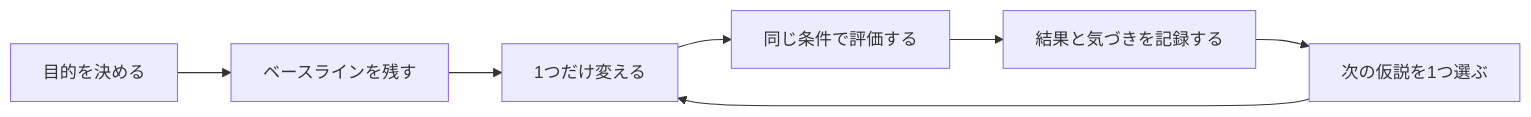
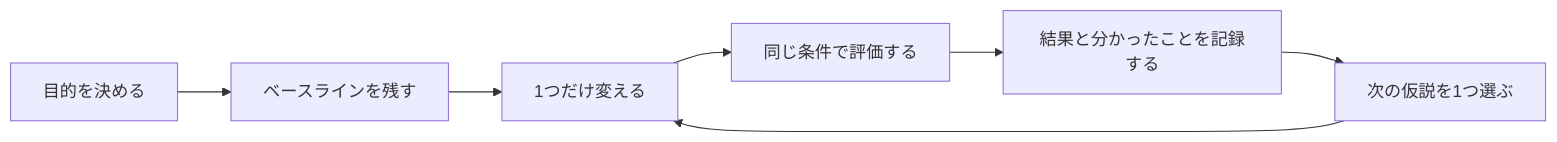
Before and after one commit to kazu-dota/data-science-study-group: the third of 3 diagrams in docs/course-plan.md, drawn with Mermaid. The commit also changed other lines of this file and 19 other files, not shown here.

````diff
--- a/docs/course-plan.md
+++ b/docs/course-plan.md
@@ -251,9 +240,9 @@
 ```mermaid
 flowchart LR
     A["目的を決める"] --> B["ベースラインを残す"]
     B --> C["1つだけ変える"]
     C --> D["同じ条件で評価する"]
-    D --> E["結果と気づきを記録する"]
+    D --> E["結果と分かったことを記録する"]
     E --> F["次の仮説を1つ選ぶ"]
     F --> C
 ```
````
